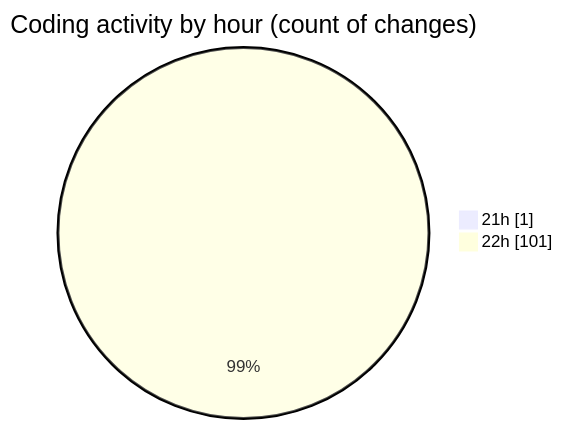
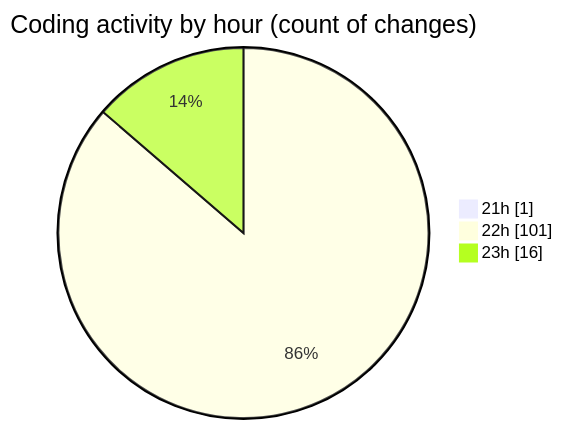
The second of 2 diagrams in 2026-04-07/t2s/README.md (Unknowalive/code-tracking), drawn with Mermaid before and after one commit. The commit also changed other lines of this file and 1 other file, not shown here.

````diff
--- a/2026-04-07/t2s/README.md
+++ b/2026-04-07/t2s/README.md
@@ -93,6 +100,7 @@
 ```mermaid
 pie showData
 title Coding activity by hour (count of changes)
 "21h" : 1
 "22h" : 101
+"23h" : 16
 ```
````
